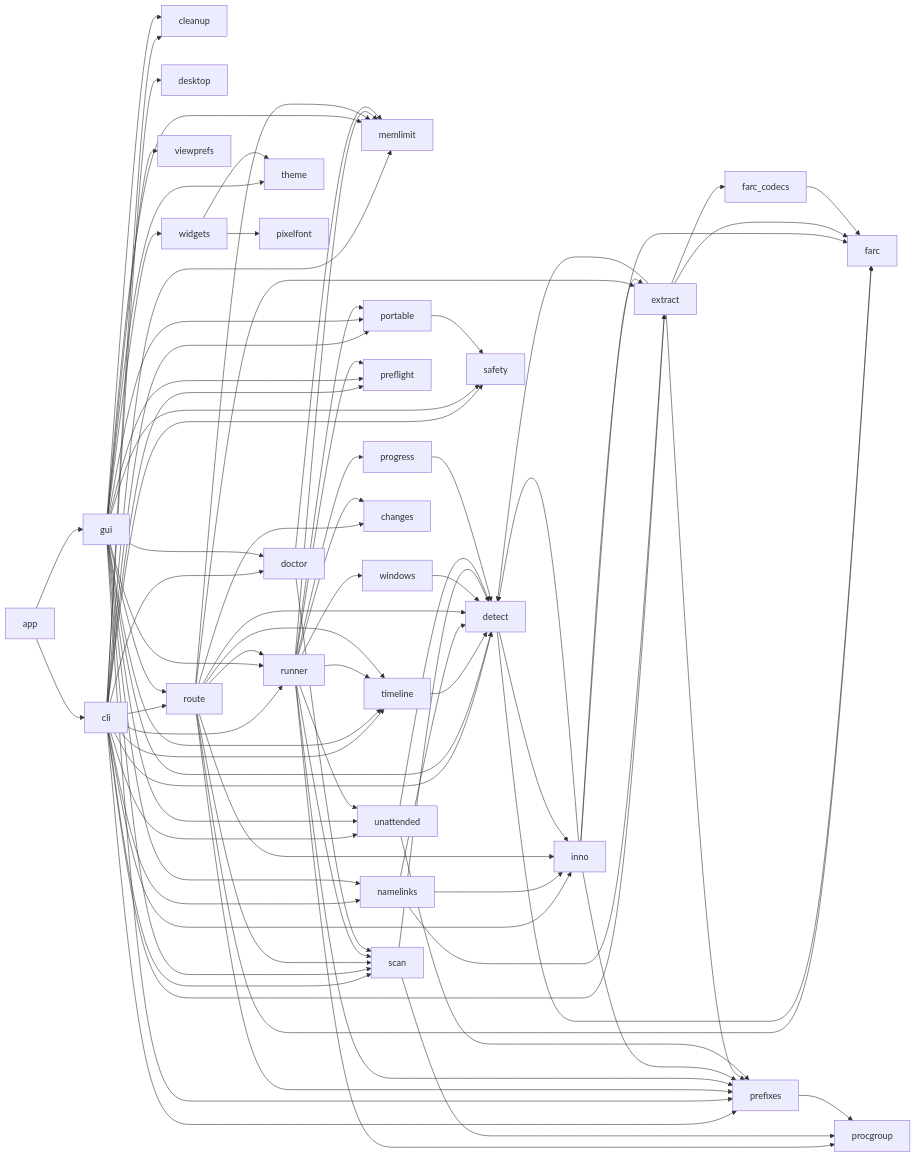
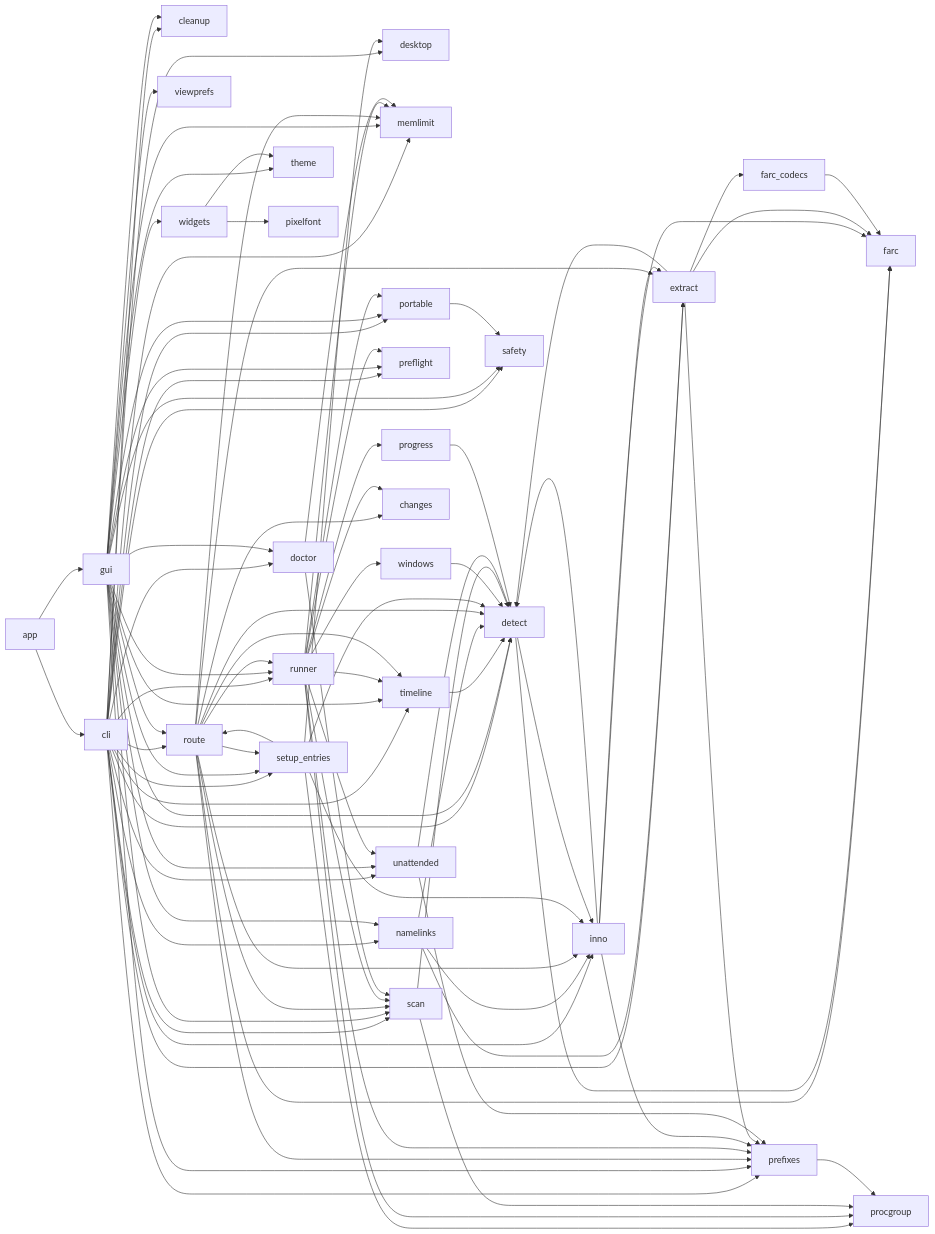
Before and after one commit to undecuple/gitfurl: the second of 6 diagrams in docs/code-map.md, drawn with Mermaid. The commit also changed other lines of this file and 16 other files, not shown here.

Commit message:
Native route: apply the setup's registry entries and shortcuts (opt-in) (#58)

````diff
--- a/docs/code-map.md
+++ b/docs/code-map.md
@@ -58,24 +58,25 @@
 ```mermaid
 flowchart LR
   app --> cli & gui
-  cli --> cleanup & desktop & detect & doctor & extract & inno & memlimit & namelinks & portable & prefixes & preflight & route & runner & safety & scan & timeline & unattended
-  gui --> cleanup & detect & doctor & memlimit & namelinks & portable & prefixes & preflight & route & runner & safety & scan & theme & timeline & unattended & viewprefs & widgets
+  cli --> cleanup & desktop & detect & doctor & extract & inno & memlimit & namelinks & portable & prefixes & preflight & route & runner & safety & scan & setup_entries & timeline & unattended
+  gui --> cleanup & detect & doctor & memlimit & namelinks & portable & prefixes & preflight & route & runner & safety & scan & setup_entries & theme & timeline & unattended & viewprefs & widgets
   runner --> timeline
   route --> timeline
   timeline --> detect
   namelinks --> detect & extract & inno
   widgets --> pixelfont & theme
-  route --> changes & detect & extract & farc & inno & memlimit & prefixes & runner & scan
+  route --> changes & detect & extract & farc & inno & memlimit & prefixes & runner & scan & setup_entries
+  setup_entries --> desktop & detect & inno & procgroup & route
   runner --> changes & memlimit & portable & prefixes & preflight & procgroup & progress & scan & unattended & windows
   windows --> detect
   detect --> farc & inno
   inno --> detect & extract & farc & prefixes
   extract --> detect & farc & farc_codecs & prefixes
   farc_codecs --> farc
   doctor --> memlimit & scan
   scan --> detect & procgroup
   unattended --> detect & prefixes
   progress --> detect
   prefixes --> procgroup
   portable --> safety
 ```
````
